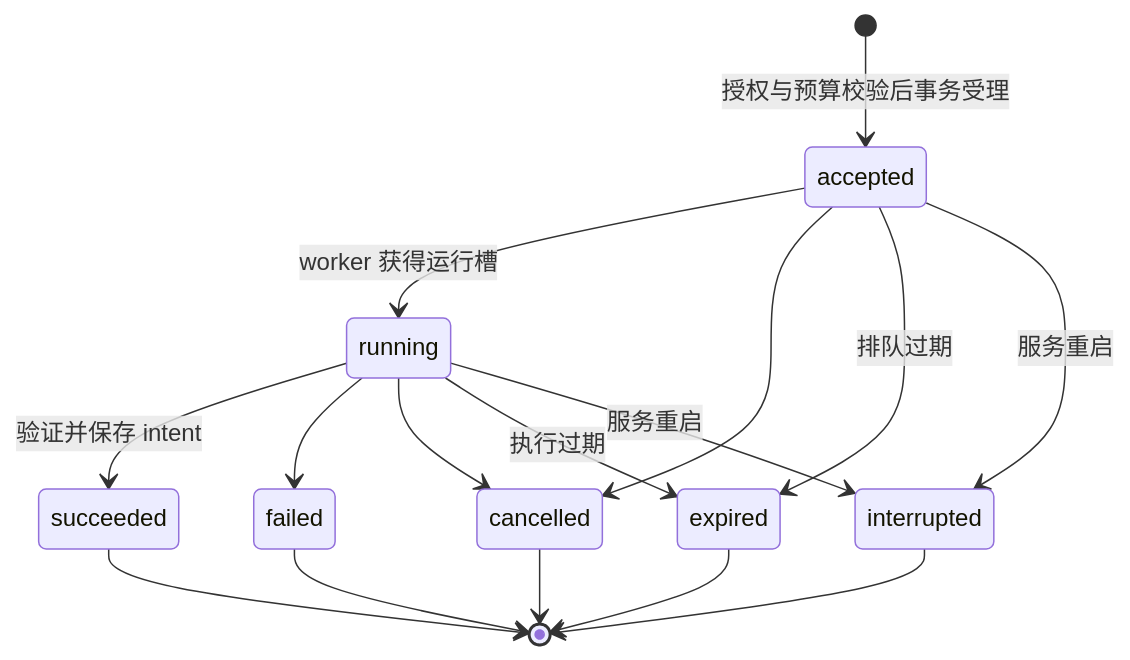
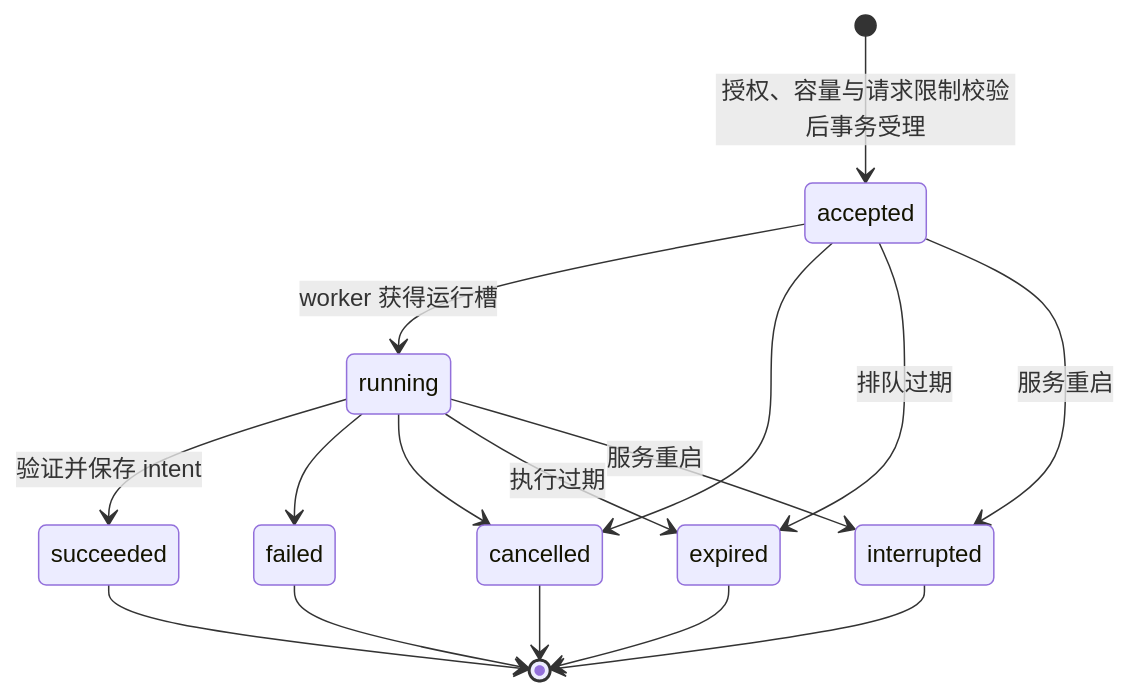
One commit to onceMisery/hertz-studio changed the second of 2 diagrams in docs/technical-roadmap.md. Above: the diagram before and after it, drawn with Mermaid. The commit also changed other lines of this file and 104 other files, not shown here.

````diff
--- a/docs/technical-roadmap.md
+++ b/docs/technical-roadmap.md
@@ -313,18 +315,18 @@
 ```mermaid
 stateDiagram-v2
-  [*] --> accepted: 授权与预算校验后事务受理
+  [*] --> accepted: 授权、容量与请求限制校验后事务受理
   accepted --> running: worker 获得运行槽
   accepted --> cancelled
   accepted --> expired: 排队过期
   accepted --> interrupted: 服务重启
   running --> succeeded: 验证并保存 intent
   running --> failed
   running --> cancelled
   running --> expired: 执行过期
   running --> interrupted: 服务重启
   succeeded --> [*]
   failed --> [*]
   cancelled --> [*]
   expired --> [*]
   interrupted --> [*]
 ```
````
